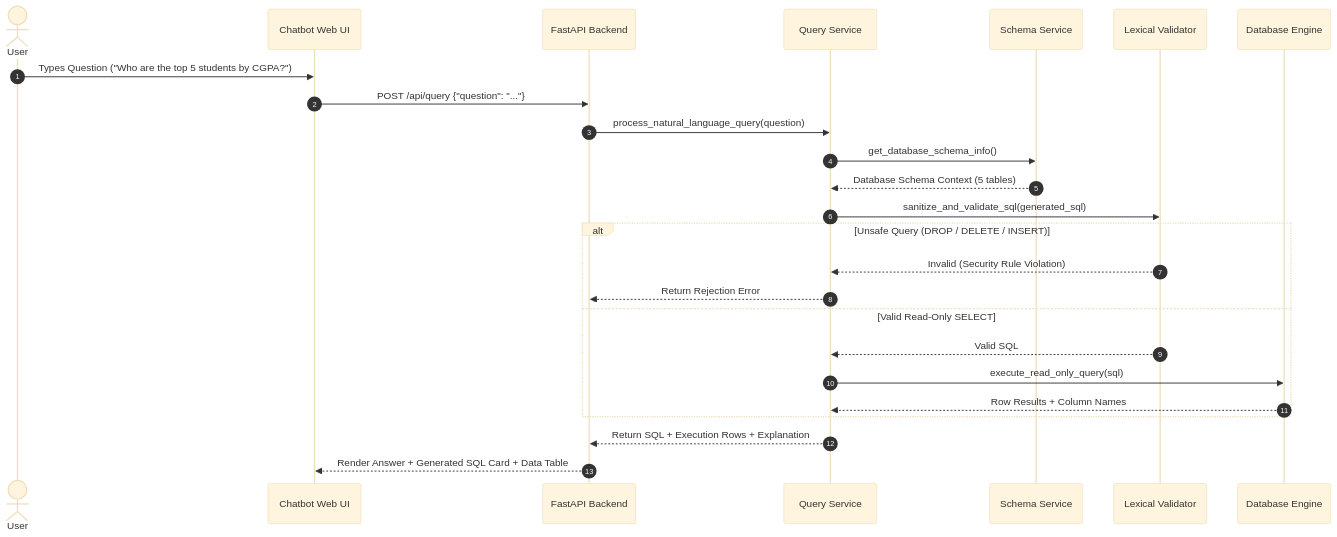
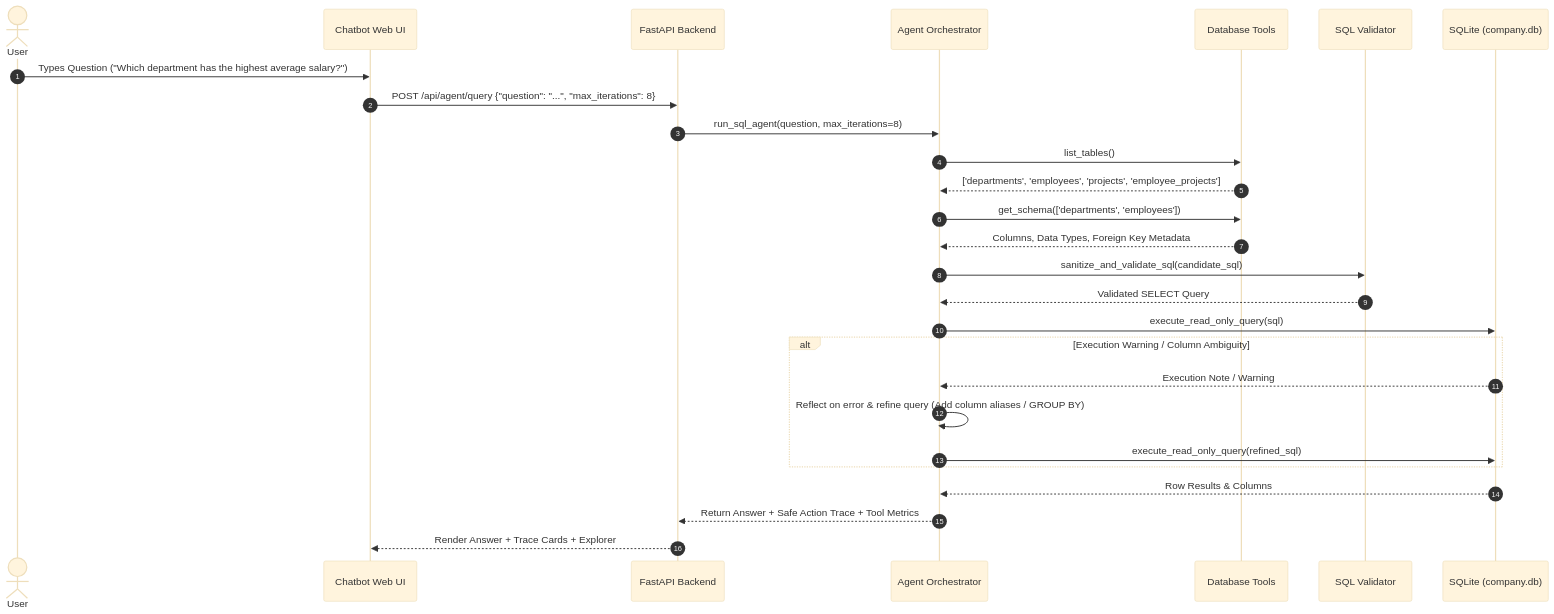
One commit to Vaishnav53/Applied-Agentic-AI-Lab-Experiments changed the second of 2 diagrams in AGENTIC_AI_LAB_COMPLETE_GUIDE.md. Above: the diagram before and after it, drawn with Mermaid (base theme). The commit also changed other lines of this file and 32 other files, not shown here.

Commit message:
feat(exp04): implement ReAct SQL agent with tool use

````diff
--- a/AGENTIC_AI_LAB_COMPLETE_GUIDE.md
+++ b/AGENTIC_AI_LAB_COMPLETE_GUIDE.md
@@ -342,28 +276,30 @@
 ```mermaid
 sequenceDiagram
     autonumber
     actor User
     participant UI as Chatbot Web UI
     participant API as FastAPI Backend
-    participant QS as Query Service
-    participant Schema as Schema Service
-    participant Val as Lexical Validator
-    participant DB as Database Engine
+    participant Agent as Agent Orchestrator
+    participant Tools as Database Tools
+    participant Val as SQL Validator
+    participant DB as SQLite (company.db)
 
-    User->>UI: Types Question ("Who are the top 5 students by CGPA?")
-    UI->>API: POST /api/query {"question": "..."}
-    API->>QS: process_natural_language_query(question)
-    QS->>Schema: get_database_schema_info()
-    Schema-->>QS: Database Schema Context (5 tables)
-    QS->>Val: sanitize_and_validate_sql(generated_sql)
-    alt Unsafe Query (DROP / DELETE / INSERT)
-        Val-->>QS: Invalid (Security Rule Violation)
-        QS-->>API: Return Rejection Error
-    else Valid Read-Only SELECT
-        Val-->>QS: Valid SQL
-        QS->>DB: execute_read_only_query(sql)
-        DB-->>QS: Row Results + Column Names
+    User->>UI: Types Question ("Which department has the highest average salary?")
+    UI->>API: POST /api/agent/query {"question": "...", "max_iterations": 8}
+    API->>Agent: run_sql_agent(question, max_iterations=8)
+    Agent->>Tools: list_tables()
+    Tools-->>Agent: ['departments', 'employees', 'projects', 'employee_projects']
+    Agent->>Tools: get_schema(['departments', 'employees'])
+    Tools-->>Agent: Columns, Data Types, Foreign Key Metadata
+    Agent->>Val: sanitize_and_validate_sql(candidate_sql)
+    Val-->>Agent: Validated SELECT Query
+    Agent->>DB: execute_read_only_query(sql)
+    alt Execution Warning / Column Ambiguity
+        DB-->>Agent: Execution Note / Warning
+        Agent->>Agent: Reflect on error & refine query (Add column aliases / GROUP BY)
+        Agent->>DB: execute_read_only_query(refined_sql)
     end
-    QS-->>API: Return SQL + Execution Rows + Explanation
-    API-->>UI: Render Answer + Generated SQL Card + Data Table
+    DB-->>Agent: Row Results & Columns
+    Agent-->>API: Return Answer + Safe Action Trace + Tool Metrics
+    API-->>UI: Render Answer + Trace Cards + Explorer
 ```
````
